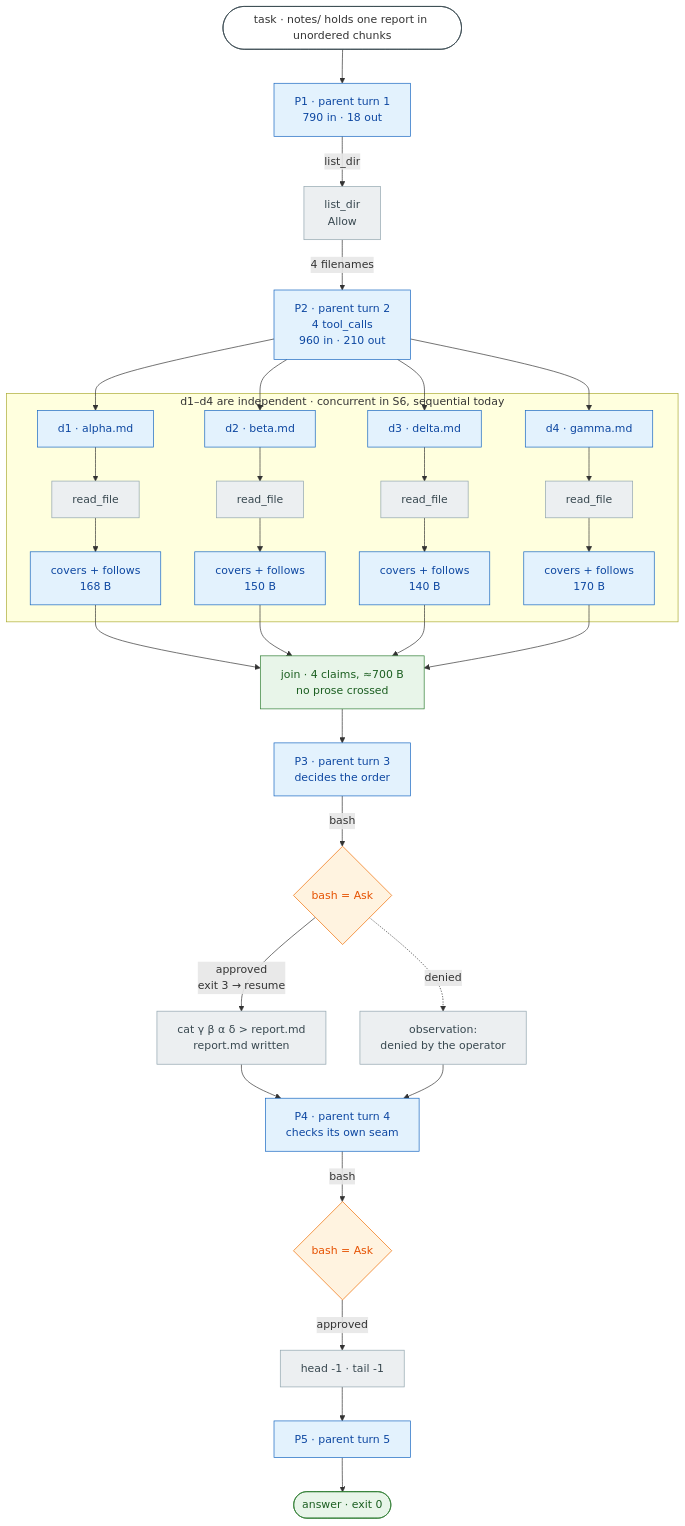
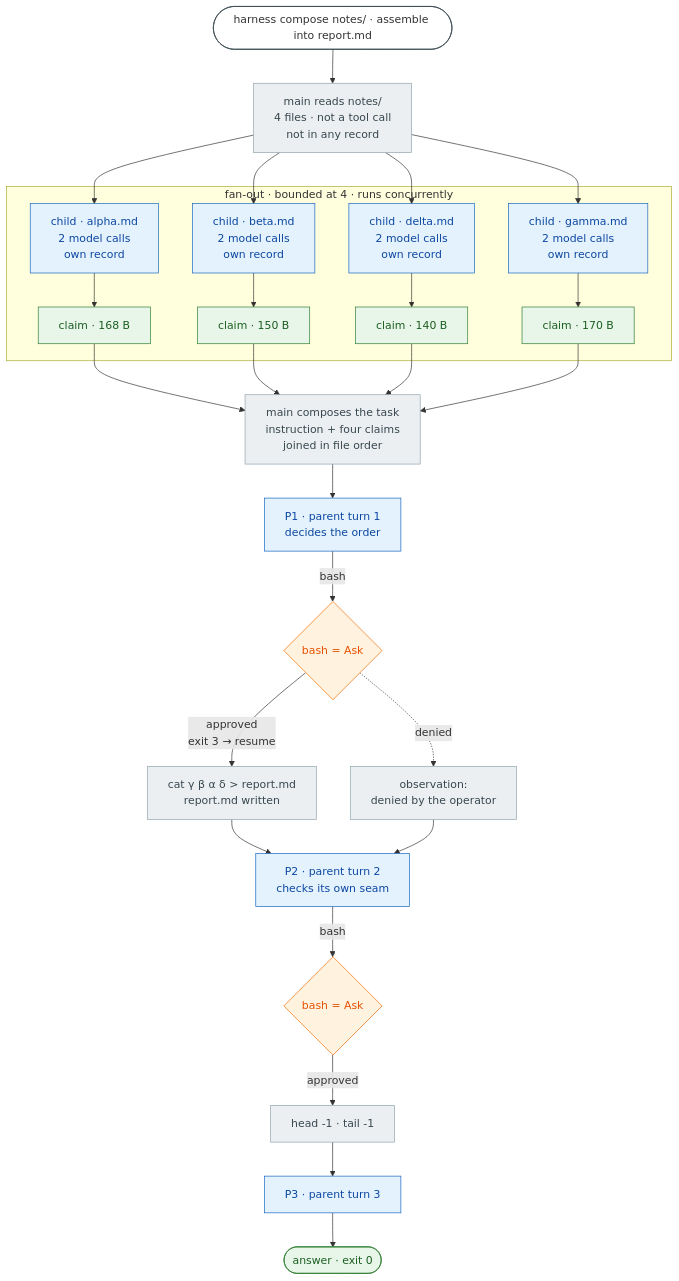
The diagram in diagrams/s6-call-dag.mmd (skinssong/my_harness), drawn with Mermaid before and after one commit. The commit also changed 2 other files, not shown here.

Commit message:
docs(s6): settle the fan-out — harness-driven, bounded, read-only
The directory is known before any model call, so the program enumerates it
and the model is left with the part that needs judgement: the order.

Children run concurrently through a bounded JoinSet, results are written
back by index so two runs produce the same request, and each child has its
own record and a read-only registry. Its claim is capped and returns to the
parent as task text rather than as an observation — which is why replay and
resume need no new event type.

Redraws the call chain for that shape: the fan-out happens before the
parent loop starts, so the parent has three turns, not five.

```diff
--- a/diagrams/s6-call-dag.mmd
+++ b/diagrams/s6-call-dag.mmd
@@ -1,55 +1,44 @@
 %%{init: {"flowchart": {"wrappingWidth": 320}}}%%
 flowchart TB
-    START(["task · notes/ holds one report in unordered chunks"])
+    START(["harness compose notes/ · assemble into report.md"])
 
-    P1["P1 · parent turn 1<br/>790 in · 18 out"]:::llm
-    START --> P1
-    P1 -->|"list_dir"| L["list_dir<br/>Allow"]:::tool
-    L -->|"4 filenames"| P2
+    SCAN["main reads notes/<br/>4 files · not a tool call<br/>not in any record"]:::tool
+    START --> SCAN
+    SCAN --> D1 & D2 & D3 & D4
 
-    P2["P2 · parent turn 2<br/>4 tool_calls<br/>960 in · 210 out"]:::llm
-
-    subgraph FAN["d1–d4 are independent · concurrent in S6, sequential today"]
-        D1["d1 · alpha.md"]:::llm
-        D2["d2 · beta.md"]:::llm
-        D3["d3 · delta.md"]:::llm
-        D4["d4 · gamma.md"]:::llm
-        D1 --> R1["read_file"]:::tool
-        D2 --> R2["read_file"]:::tool
-        D3 --> R3["read_file"]:::tool
-        D4 --> R4["read_file"]:::tool
-        R1 --> A1["covers + follows<br/>168 B"]:::llm
-        R2 --> A2["covers + follows<br/>150 B"]:::llm
-        R3 --> A3["covers + follows<br/>140 B"]:::llm
-        R4 --> A4["covers + follows<br/>170 B"]:::llm
+    subgraph FAN["fan-out · bounded at 4 · runs concurrently"]
+        D1["child · alpha.md<br/>2 model calls<br/>own record"]:::llm
+        D2["child · beta.md<br/>2 model calls<br/>own record"]:::llm
+        D3["child · delta.md<br/>2 model calls<br/>own record"]:::llm
+        D4["child · gamma.md<br/>2 model calls<br/>own record"]:::llm
+        D1 --> C1["claim · 168 B"]:::join
+        D2 --> C2["claim · 150 B"]:::join
+        D3 --> C3["claim · 140 B"]:::join
+        D4 --> C4["claim · 170 B"]:::join
     end
 
-    P2 --> D1
-    P2 --> D2
-    P2 --> D3
-    P2 --> D4
-    A1 --> J
-    A2 --> J
-    A3 --> J
-    A4 --> J
-    J["join · 4 claims, ≈700 B<br/>no prose crossed"]:::join
+    C1 --> COMP
+    C2 --> COMP
+    C3 --> COMP
+    C4 --> COMP
+    COMP["main composes the task<br/>instruction + four claims<br/>joined in file order"]:::tool
 
-    J --> P3["P3 · parent turn 3<br/>decides the order"]:::llm
-    P3 -->|"bash"| G1{"bash = Ask"}:::gate
-    G1 -->|"approved<br/>exit 3 → resume"| C1["cat γ β α δ > report.md<br/>report.md written"]:::tool
+    COMP --> P1["P1 · parent turn 1<br/>decides the order"]:::llm
+    P1 -->|"bash"| G1{"bash = Ask"}:::gate
+    G1 -->|"approved<br/>exit 3 → resume"| CAT["cat γ β α δ &gt; report.md<br/>report.md written"]:::tool
     G1 -.->|"denied"| ND["observation:<br/>denied by the operator"]:::tool
-    C1 --> P4
-    ND --> P4
+    CAT --> P2
+    ND --> P2
 
-    P4["P4 · parent turn 4<br/>checks its own seam"]:::llm
-    P4 -->|"bash"| G2{"bash = Ask"}:::gate
-    G2 -->|"approved"| C2["head -1 · tail -1"]:::tool
-    C2 --> P5["P5 · parent turn 5"]:::llm
-    P5 --> END(["answer · exit 0"])
+    P2["P2 · parent turn 2<br/>checks its own seam"]:::llm
+    P2 -->|"bash"| G2{"bash = Ask"}:::gate
+    G2 -->|"approved"| CHK["head -1 · tail -1"]:::tool
+    CHK --> P3["P3 · parent turn 3"]:::llm
+    P3 --> END(["answer · exit 0"])
 
     classDef llm fill:#E3F2FD,stroke:#1565C0,color:#0D47A1
     classDef tool fill:#ECEFF1,stroke:#90A4AE,color:#37474F
     classDef gate fill:#FFF3E0,stroke:#EF6C00,color:#E65100
     classDef join fill:#E8F5E9,stroke:#2E7D32,color:#1B5E20
     style START fill:#FFFFFF,stroke:#37474F
     style END fill:#E8F5E9,stroke:#2E7D32,color:#1B5E20
```
